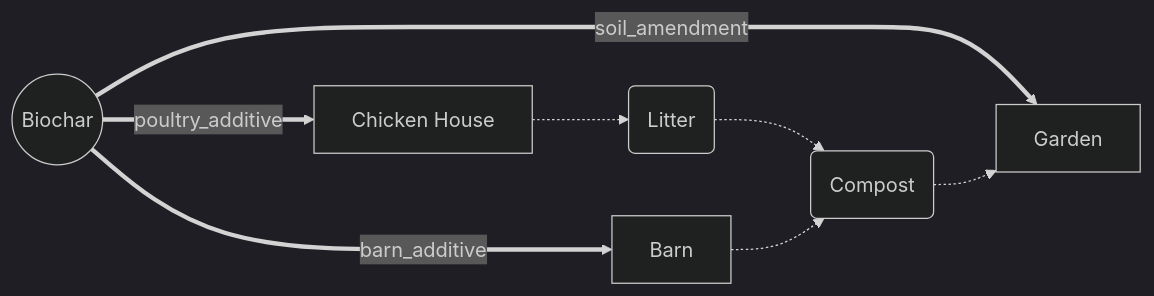
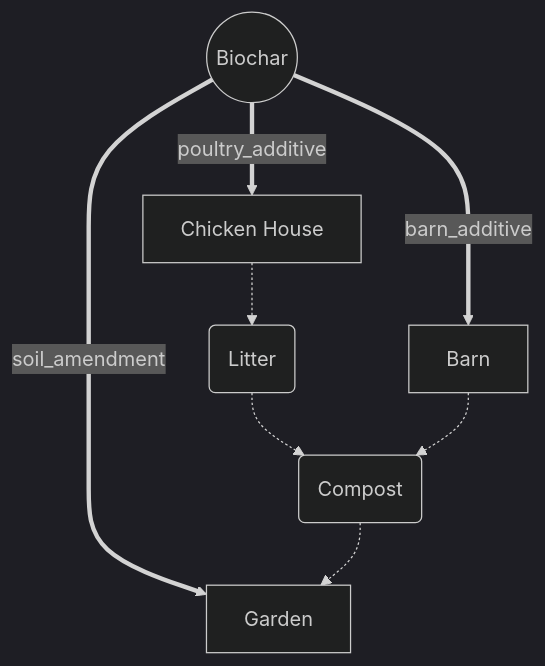
The diagram in README.md (mobileraj/biocharhub), drawn with Mermaid (dark theme) before and after one commit.

Commit message:
mermaid diag

````diff
--- a/README.md
+++ b/README.md
@@ -6,16 +6,16 @@
 ```mermaid
-flowchart LR
+flowchart TD
     bc((Biochar))
     g[Garden]
     c[Chicken House]
     l(Litter)
     cp(Compost)
     b[Barn]
     bc ==soil_amendment==>g
     bc ==poultry_additive==>c
     bc ==barn_additive==>b
     c -.-> l
     l -.-> cp
     cp -.-> g
     b -.-> cp
 ```
````
